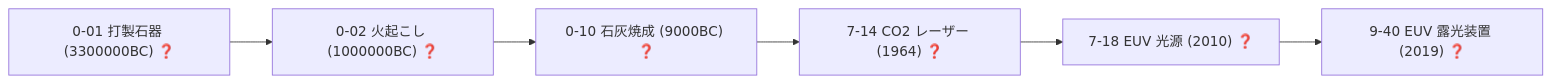
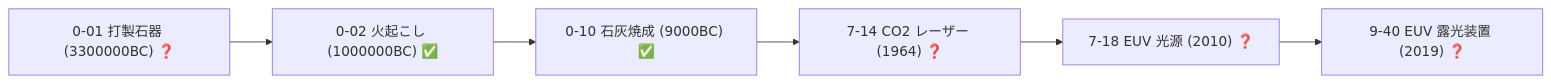
The first of 19 diagrams in docs/TECH_TREE_VIEW.md (taku3i0317-collab/semiconductor-lab), drawn with Mermaid before and after one commit. The commit also changed other lines of this file and 24 other files, not shown here.

````diff
--- a/docs/TECH_TREE_VIEW.md
+++ b/docs/TECH_TREE_VIEW.md
@@ -44,14 +44,14 @@
 ```mermaid
 graph LR
   n0_01["0-01 打製石器 (3300000BC) ❓"]
-  n0_02["0-02 火起こし (1000000BC) ❓"]
-  n0_10["0-10 石灰焼成 (9000BC) ❓"]
+  n0_02["0-02 火起こし (1000000BC) ✅"]
+  n0_10["0-10 石灰焼成 (9000BC) ✅"]
   n7_14["7-14 CO2 レーザー (1964) ❓"]
   n7_18["7-18 EUV 光源 (2010) ❓"]
   n9_40["9-40 EUV 露光装置 (2019) ❓"]
   n0_01-->n0_02
   n0_02-->n0_10
   n0_10-->n7_14
   n7_14-->n7_18
   n7_18-->n9_40
 ```
````
